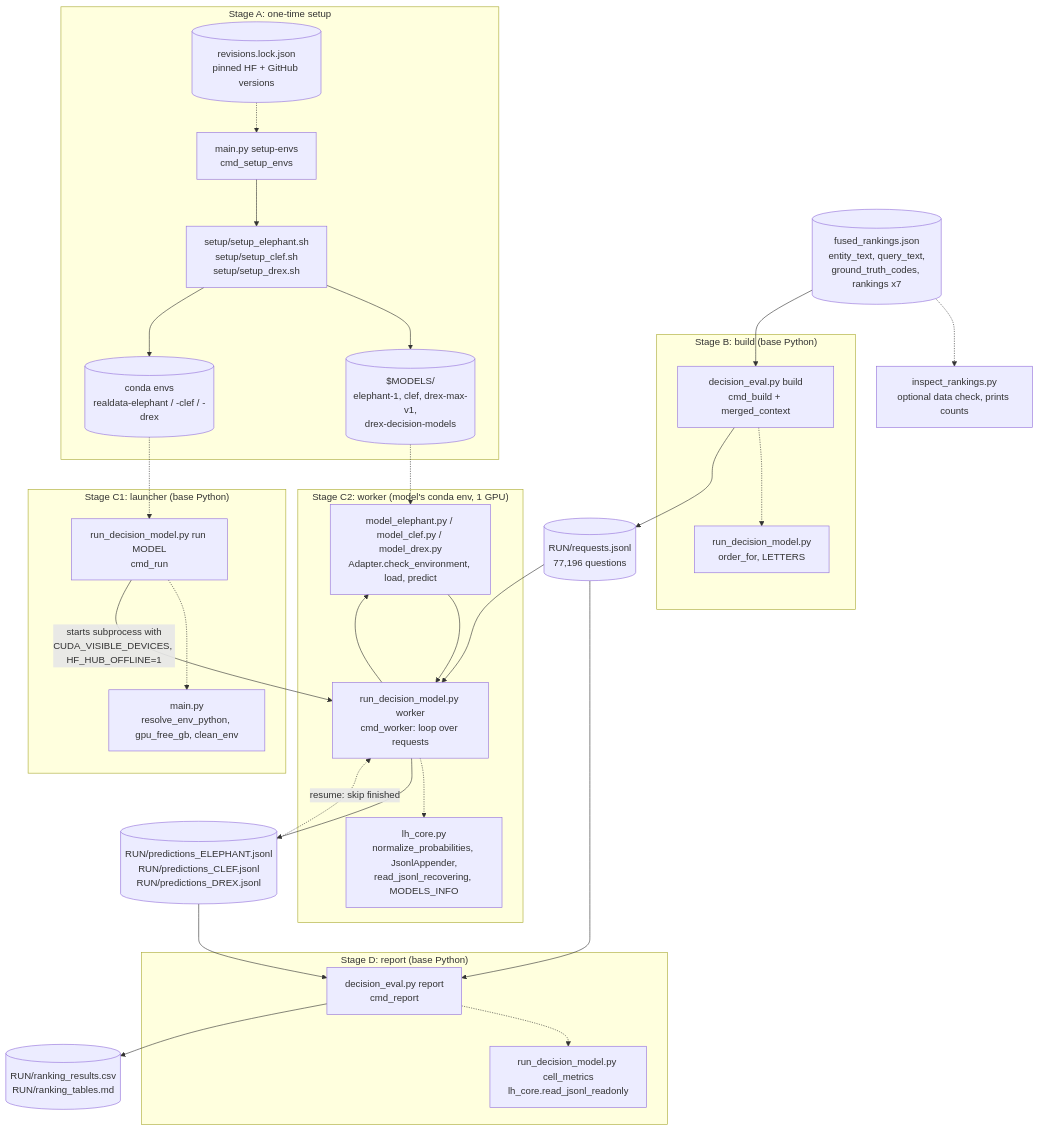
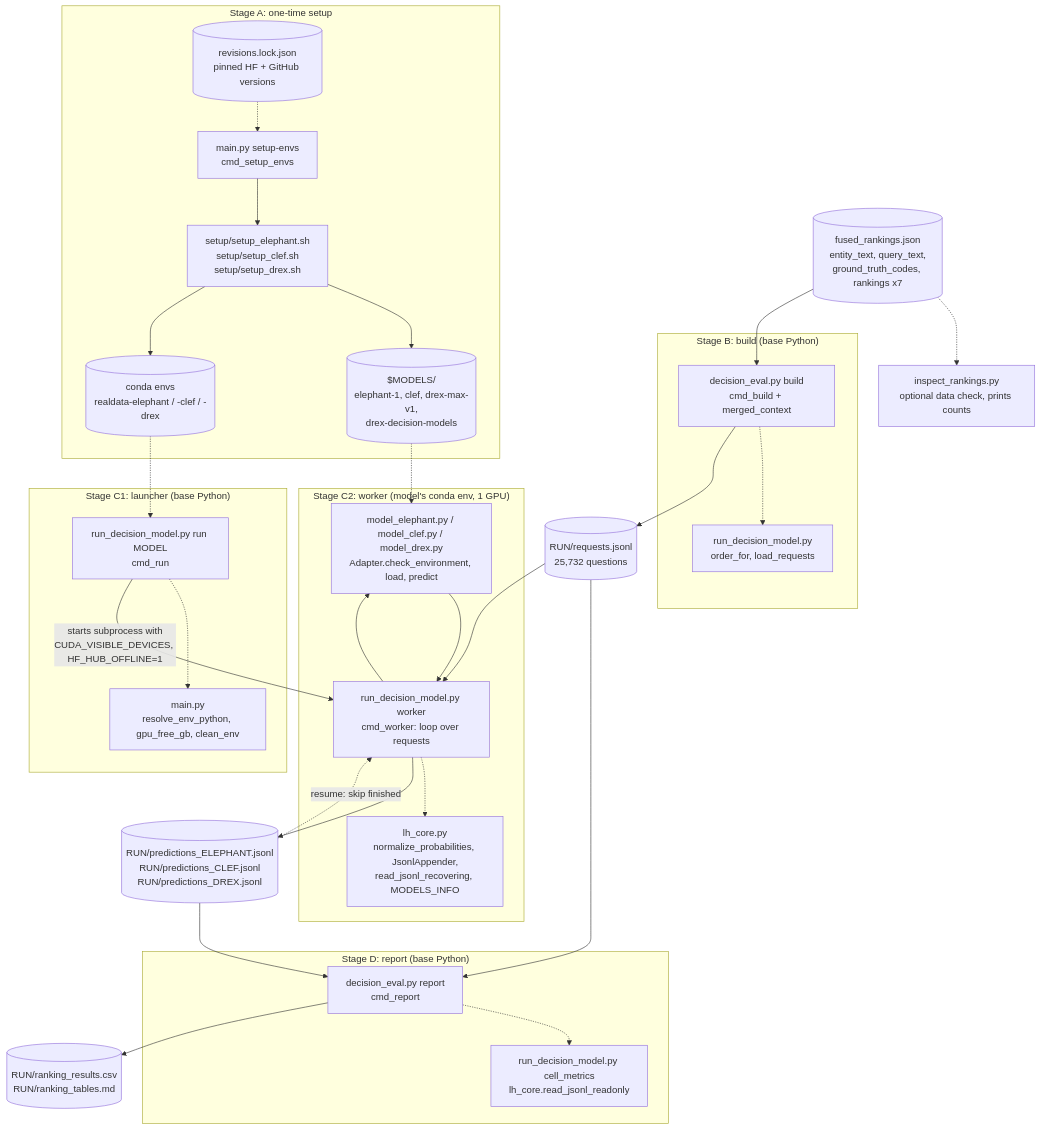
The diagram in IMPLEMENTATION.md (NafizUnity/DecisionModels), drawn with Mermaid before and after one commit. The commit also changed other lines of this file and 3 other files, not shown here.

````diff
--- a/IMPLEMENTATION.md
+++ b/IMPLEMENTATION.md
@@ -33,62 +33,62 @@
 ```mermaid
 flowchart TD
     %% ---------- one-time setup ----------
     subgraph SETUP["Stage A: one-time setup"]
         lock[("revisions.lock.json<br/>pinned HF + GitHub versions")]
         setupcmd["main.py setup-envs<br/>cmd_setup_envs"]
         sh["setup/setup_elephant.sh<br/>setup/setup_clef.sh<br/>setup/setup_drex.sh"]
         weights[("$MODELS/<br/>elephant-1, clef, drex-max-v1,<br/>drex-decision-models")]
         envs[("conda envs<br/>realdata-elephant / -clef / -drex")]
         lock -.-> setupcmd --> sh
         sh --> weights
         sh --> envs
     end
 
     %% ---------- data in ----------
     data[("fused_rankings.json<br/>entity_text, query_text,<br/>ground_truth_codes, rankings x7")]
     inspect["inspect_rankings.py<br/>optional data check, prints counts"]
     data -.-> inspect
 
     %% ---------- build ----------
     subgraph BASE1["Stage B: build (base Python)"]
         build["decision_eval.py build<br/>cmd_build + merged_context"]
-        helpers["run_decision_model.py<br/>order_for, LETTERS"]
+        helpers["run_decision_model.py<br/>order_for, load_requests"]
         build -.-> helpers
     end
     data --> build
-    req[("RUN/requests.jsonl<br/>77,196 questions")]
+    req[("RUN/requests.jsonl<br/>25,732 questions")]
     build --> req
 
     %% ---------- run ----------
     subgraph BASE2["Stage C1: launcher (base Python)"]
         launcher["run_decision_model.py run MODEL<br/>cmd_run"]
         mainhelp["main.py<br/>resolve_env_python, gpu_free_gb, clean_env"]
         launcher -.-> mainhelp
     end
     subgraph ENV["Stage C2: worker (model's conda env, 1 GPU)"]
         worker["run_decision_model.py worker<br/>cmd_worker: loop over requests"]
         adapter["model_elephant.py / model_clef.py / model_drex.py<br/>Adapter.check_environment, load, predict"]
         core["lh_core.py<br/>normalize_probabilities, JsonlAppender,<br/>read_jsonl_recovering, MODELS_INFO"]
         worker --> adapter
         adapter --> worker
         worker -.-> core
     end
     envs -.-> launcher
     launcher -- "starts subprocess with<br/>CUDA_VISIBLE_DEVICES, HF_HUB_OFFLINE=1" --> worker
     req --> worker
     weights -.-> adapter
     preds[("RUN/predictions_ELEPHANT.jsonl<br/>RUN/predictions_CLEF.jsonl<br/>RUN/predictions_DREX.jsonl")]
     worker --> preds
     preds -. "resume: skip finished" .-> worker
 
     %% ---------- report ----------
     subgraph BASE3["Stage D: report (base Python)"]
         report["decision_eval.py report<br/>cmd_report"]
         metrics["run_decision_model.py cell_metrics<br/>lh_core.read_jsonl_readonly"]
         report -.-> metrics
     end
     req --> report
     preds --> report
     out[("RUN/ranking_results.csv<br/>RUN/ranking_tables.md")]
     report --> out
 ```
````
